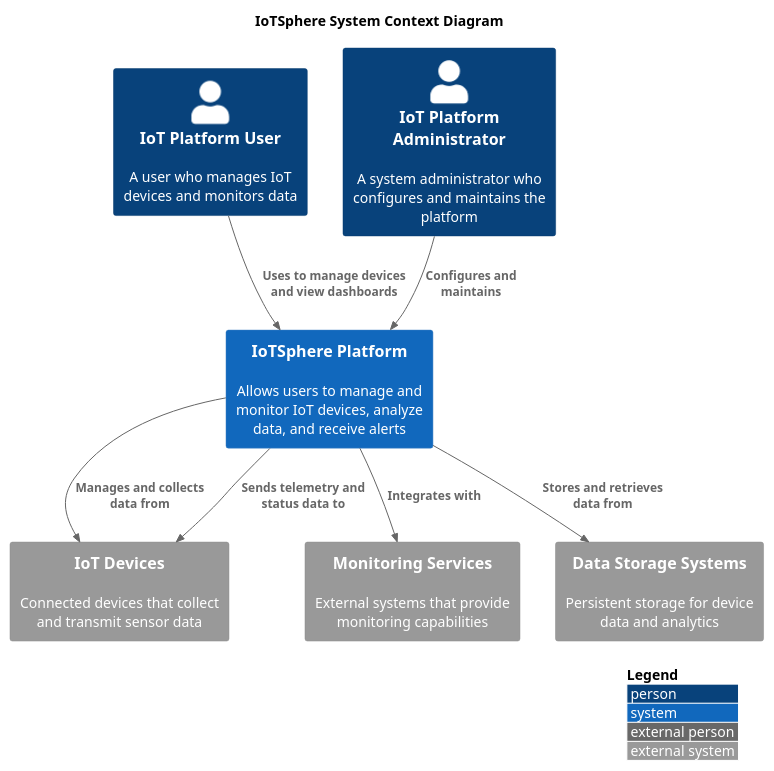
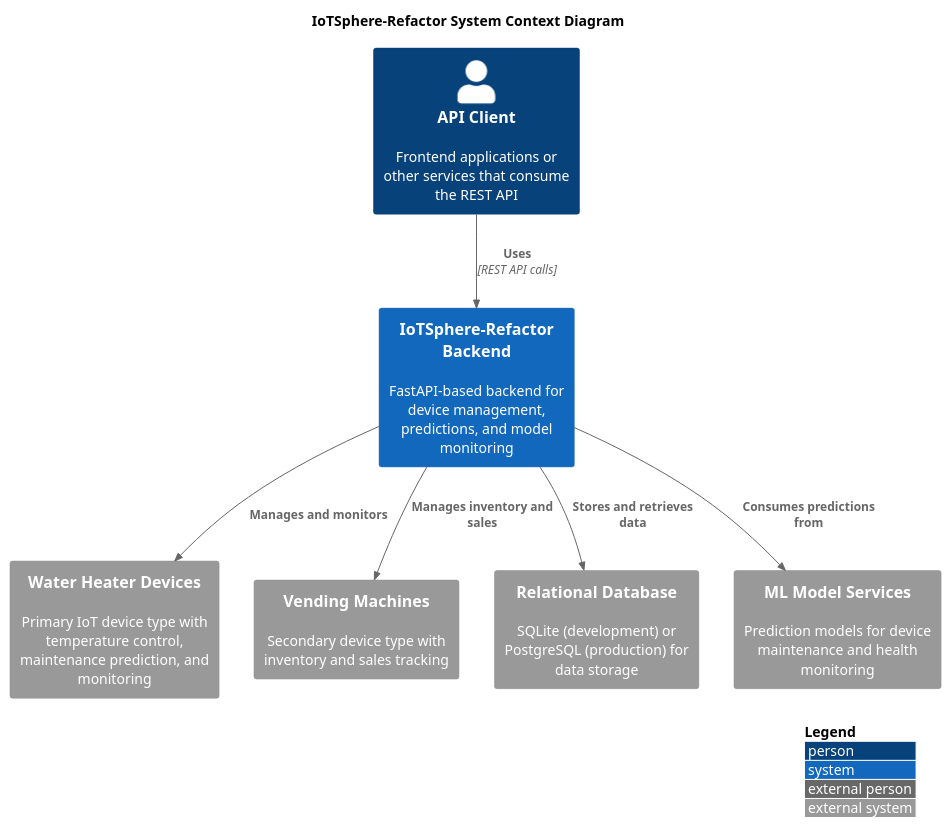
One commit to jamesenki/dashboards changed the diagram in docs/system-architecture/plantuml/system_context.puml. Above: the diagram before and after it, drawn with PlantUML. The commit also changed 28 other files, not shown here.

```diff
--- a/docs/system-architecture/plantuml/system_context.puml
+++ b/docs/system-architecture/plantuml/system_context.puml
@@ -1,24 +1,23 @@
 @startuml System Context Diagram
 !include <C4/C4_Context>
 
-title "IoTSphere System Context Diagram"
+title "IoTSphere-Refactor System Context Diagram"
 
-Person(user, "IoT Platform User", "A user who manages IoT devices and monitors data")
-Person(admin, "IoT Platform Administrator", "A system administrator who configures and maintains the platform")
+Person(api_client, "API Client", "Frontend applications or other services that consume the REST API")
 
-System(iotSphere, "IoTSphere Platform", "Allows users to manage and monitor IoT devices, analyze data, and receive alerts")
+System(iotsphere_refactor, "IoTSphere-Refactor Backend", "FastAPI-based backend for device management, predictions, and model monitoring")
 
-System_Ext(devices, "IoT Devices", "Connected devices that collect and transmit sensor data")
-System_Ext(monitoringSystems, "Monitoring Services", "External systems that provide monitoring capabilities")
-System_Ext(dataStorage, "Data Storage Systems", "Persistent storage for device data and analytics")
+System_Ext(water_heater, "Water Heater Devices", "Primary IoT device type with temperature control, maintenance prediction, and monitoring")
+System_Ext(vending_machine, "Vending Machines", "Secondary device type with inventory and sales tracking")
+System_Ext(relational_db, "Relational Database", "SQLite (development) or PostgreSQL (production) for data storage")
+System_Ext(ml_models, "ML Model Services", "Prediction models for device maintenance and health monitoring")
 
-Rel(user, iotSphere, "Uses to manage devices and view dashboards")
-Rel(admin, iotSphere, "Configures and maintains")
+Rel(api_client, iotsphere_refactor, "Uses", "REST API calls")
 
-Rel(iotSphere, devices, "Manages and collects data from")
-Rel(iotSphere, monitoringSystems, "Integrates with")
-Rel(iotSphere, dataStorage, "Stores and retrieves data from")
-Rel_Back(devices, iotSphere, "Sends telemetry and status data to")
+Rel(iotsphere_refactor, water_heater, "Manages and monitors")
+Rel(iotsphere_refactor, vending_machine, "Manages inventory and sales")
+Rel(iotsphere_refactor, relational_db, "Stores and retrieves data")
+Rel(iotsphere_refactor, ml_models, "Consumes predictions from")
 
 LAYOUT_WITH_LEGEND()
 @enduml
```
